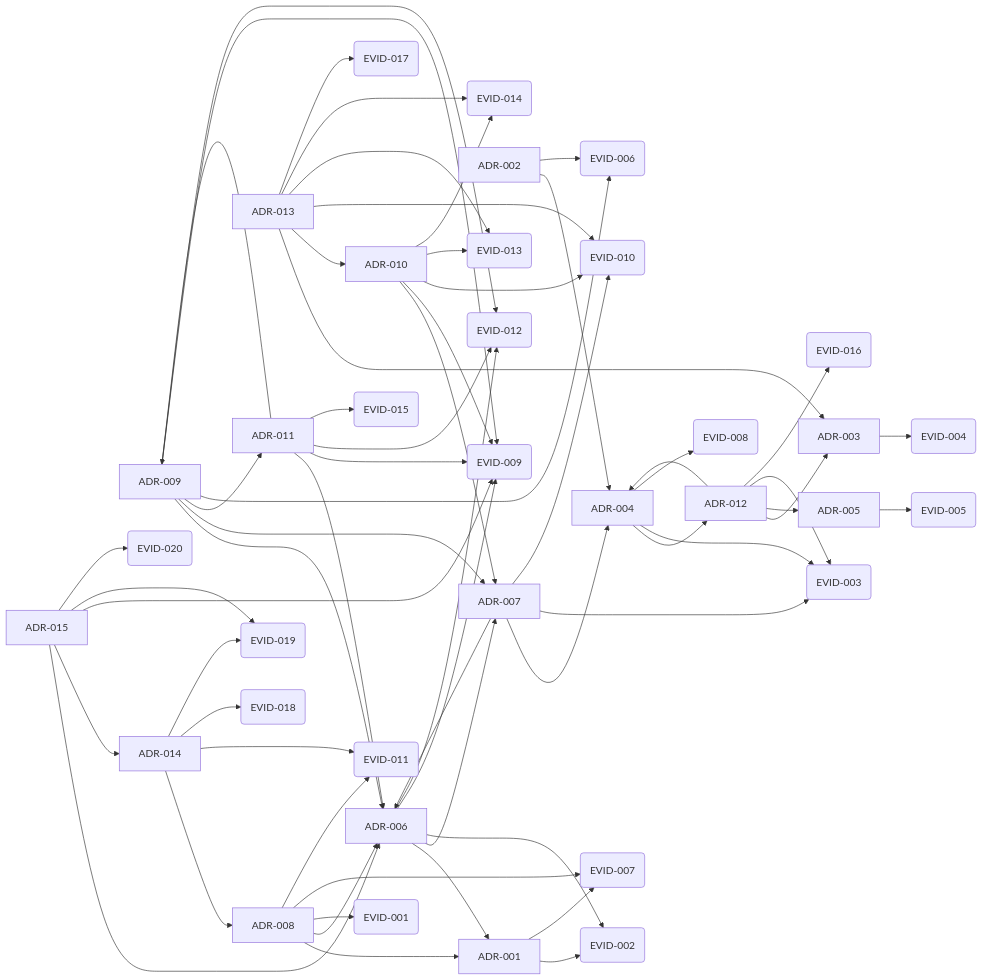
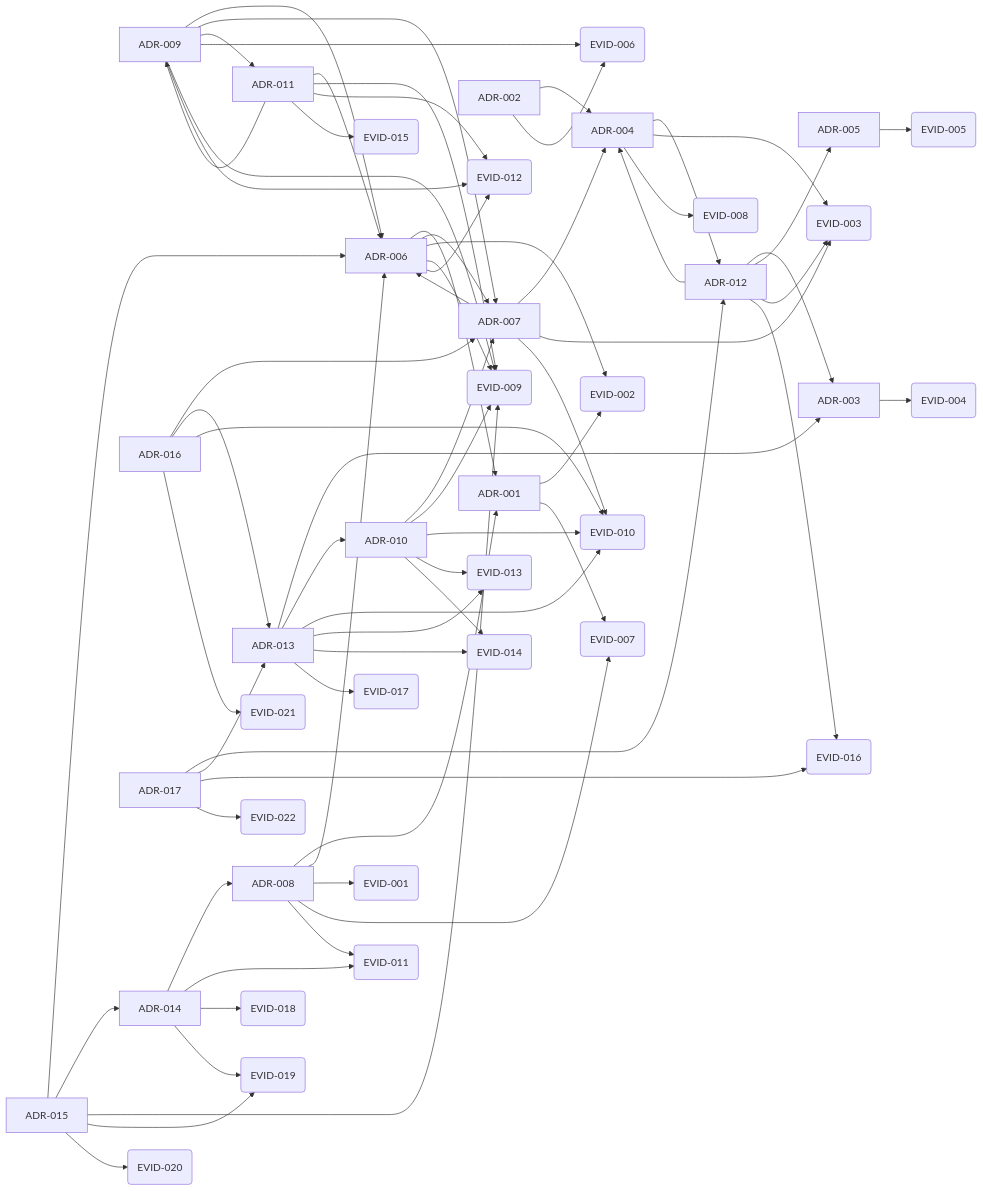
The diagram in GRAPH.md (TeramachiShunsuke/aidd), drawn with Mermaid before and after one commit. The commit also changed other lines of this file and 19 other files, not shown here.

````diff
--- a/GRAPH.md
+++ b/GRAPH.md
@@ -49,6 +49,8 @@
   ADR_013[ADR-013]
   ADR_014[ADR-014]
   ADR_015[ADR-015]
+  ADR_016[ADR-016]
+  ADR_017[ADR-017]
   EVID_001(EVID-001)
   EVID_002(EVID-002)
   EVID_003(EVID-003)
@@ -69,6 +71,8 @@
   EVID_018(EVID-018)
   EVID_019(EVID-019)
   EVID_020(EVID-020)
+  EVID_021(EVID-021)
+  EVID_022(EVID-022)
   ADR_001 --> EVID_002
   ADR_001 --> EVID_007
   ADR_002 --> ADR_004
@@ -128,4 +132,12 @@
   ADR_015 --> EVID_009
   ADR_015 --> EVID_019
   ADR_015 --> EVID_020
+  ADR_016 --> ADR_007
+  ADR_016 --> ADR_013
+  ADR_016 --> EVID_010
+  ADR_016 --> EVID_021
+  ADR_017 --> ADR_012
+  ADR_017 --> ADR_013
+  ADR_017 --> EVID_016
+  ADR_017 --> EVID_022
 ```
````
